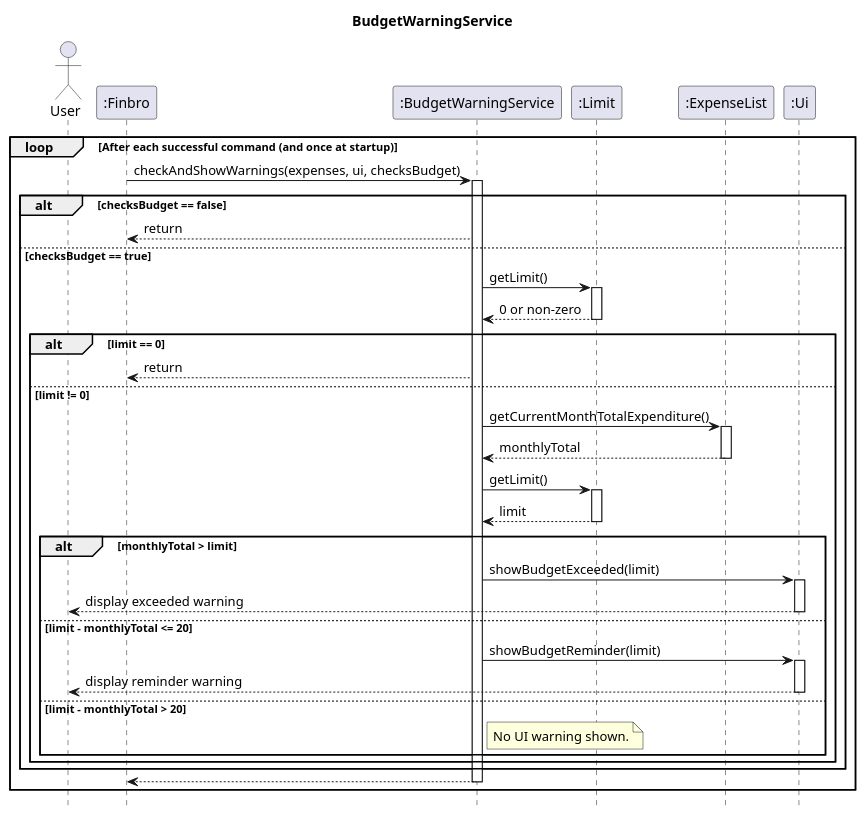
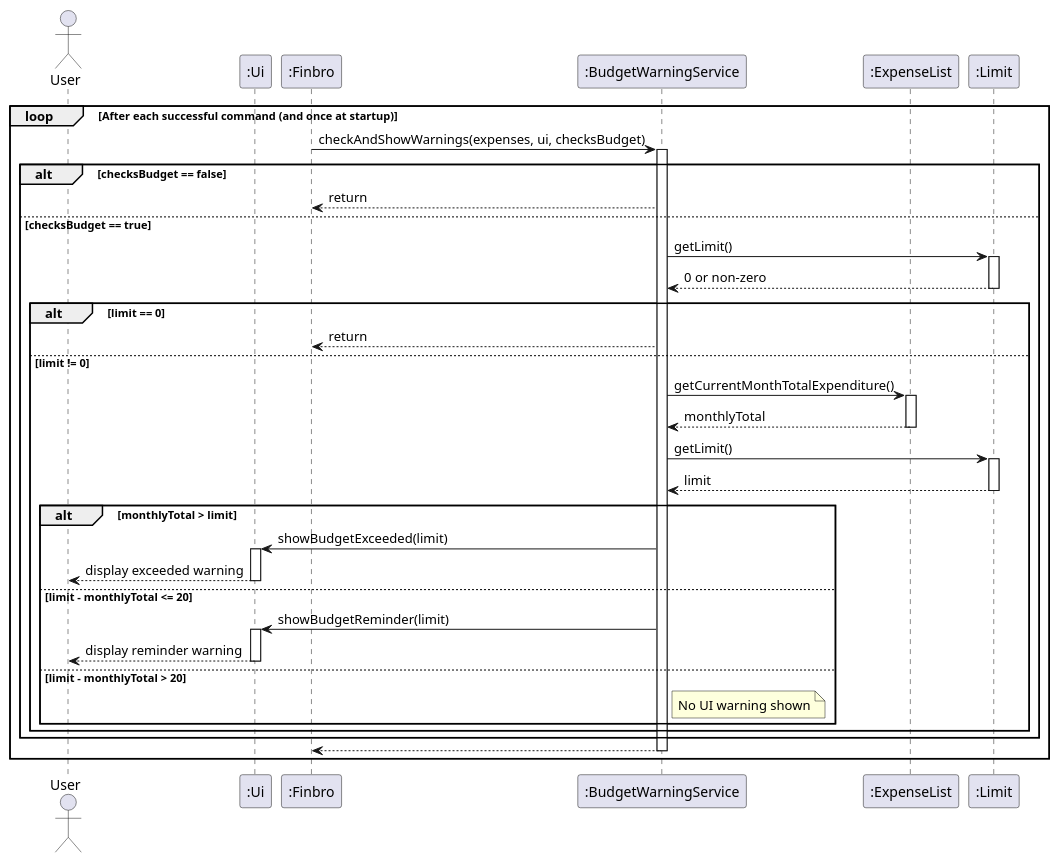
Before and after one commit to Kushalshah0402/tp: the diagram in docs/UML_diagrams/BudgetWarningService.puml, drawn with PlantUML. The commit also changed 3 other files, not shown here.

Commit message:
Correct minor details inside budget warning service and currency command sequence of action diagram

```diff
--- a/docs/UML_diagrams/BudgetWarningService.puml
+++ b/docs/UML_diagrams/BudgetWarningService.puml
@@ -1,59 +1,59 @@
 @startuml
-title BudgetWarningService
-hide footbox
+show footbox
 
 actor User
 
+participant ":Ui" as Ui
 participant ":Finbro" as Finbro
 participant ":BudgetWarningService" as BudgetWarningService
+participant ":ExpenseList" as ExpenseList
 participant ":Limit" as Limit
-participant ":ExpenseList" as ExpenseList
-participant ":Ui" as Ui
 
 loop After each successful command (and once at startup)
     Finbro -> BudgetWarningService++ : checkAndShowWarnings(expenses, ui, checksBudget)
 
     alt checksBudget == false
         BudgetWarningService --> Finbro : return
     else checksBudget == true
         BudgetWarningService -> Limit : getLimit()
         activate Limit
         Limit --> BudgetWarningService : 0 or non-zero
         deactivate Limit
 
         alt limit == 0
             BudgetWarningService --> Finbro : return
         else limit != 0
             BudgetWarningService -> ExpenseList : getCurrentMonthTotalExpenditure()
             activate ExpenseList
             ExpenseList --> BudgetWarningService : monthlyTotal
             deactivate ExpenseList
 
             BudgetWarningService -> Limit : getLimit()
             activate Limit
             Limit --> BudgetWarningService : limit
             deactivate Limit
 
             alt monthlyTotal > limit
                 BudgetWarningService -> Ui : showBudgetExceeded(limit)
                 activate Ui
                 Ui --> User : display exceeded warning
                 deactivate Ui
 
             else limit - monthlyTotal <= 20
                 BudgetWarningService -> Ui : showBudgetReminder(limit)
                 activate Ui
                 Ui --> User : display reminder warning
                 deactivate Ui
 
             else limit - monthlyTotal > 20
                 note right of BudgetWarningService
-                    No UI warning shown.
+                    No UI warning shown
                 end note
             end
         end
     end
 
     BudgetWarningService --> Finbro--
 end
+
 @enduml
```
